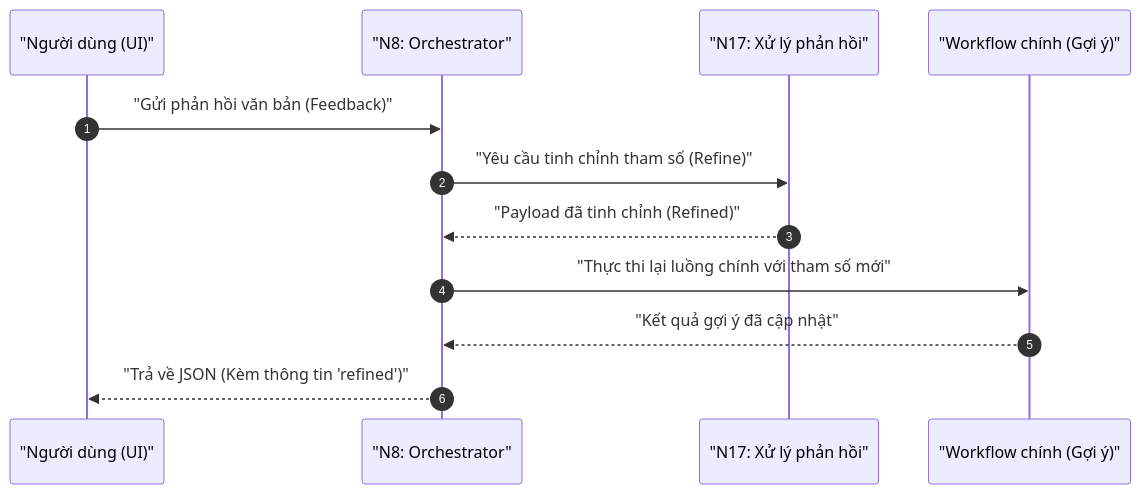
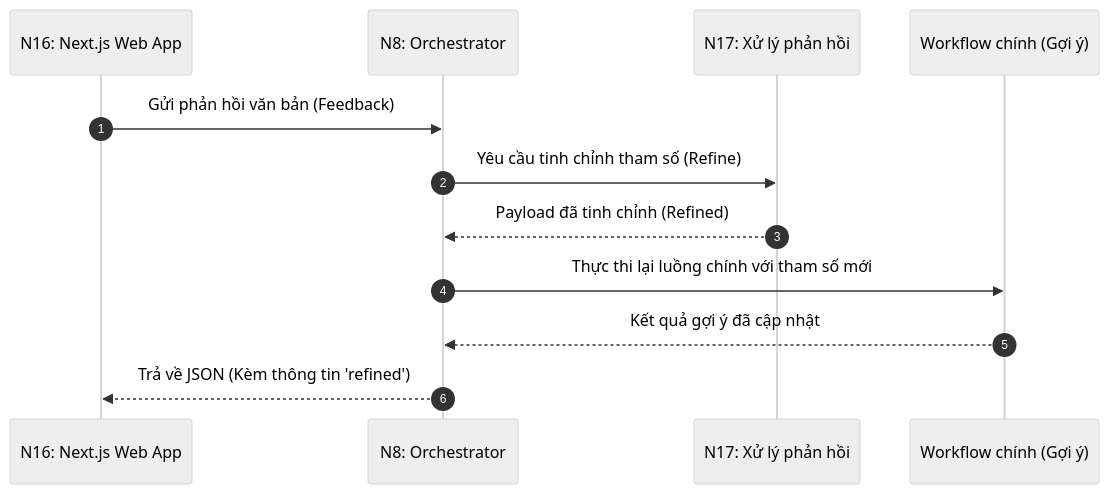
Before and after one commit to ltk6/travel-exp-planner: the fourth of 6 diagrams in docs/modules/n8_orchestrator.md, drawn with Mermaid. The commit also changed other lines of this file and 70 other files, not shown here.

````diff
--- a/docs/modules/n8_orchestrator.md
+++ b/docs/modules/n8_orchestrator.md
@@ -249,20 +289,16 @@
 ```mermaid
----
-config:
-  flowchart:
-    useMaxWidth: false
----
+%%{init: { 'theme': 'neutral', 'themeVariables': { 'actorTextColor': '#000000', 'signalTextColor': '#000000', 'noteTextColor': '#000000' } }}%%
 sequenceDiagram
     autonumber
-    participant "Client" as "Người dùng (UI)"
-    participant "N8" as "N8: Orchestrator"
-    participant "N17" as "N17: Xử lý phản hồi"
-    participant "Workflow" as "Workflow chính (Gợi ý)"
+    participant N16 as N16: Next.js Web App
+    participant N8 as N8: Orchestrator
+    participant N17 as N17: Xử lý phản hồi
+    participant Workflow as Workflow chính (Gợi ý)
 
-    "Client"->>"N8": "Gửi phản hồi văn bản (Feedback)"
-    "N8"->>"N17": "Yêu cầu tinh chỉnh tham số (Refine)"
-    "N17"-->>"N8": "Payload đã tinh chỉnh (Refined)"
-    "N8"->>"Workflow": "Thực thi lại luồng chính với tham số mới"
-    "Workflow"-->>"N8": "Kết quả gợi ý đã cập nhật"
-    "N8"-->>"Client": "Trả về JSON (Kèm thông tin 'refined')"
+    N16->>N8: Gửi phản hồi văn bản (Feedback)
+    N8->>N17: Yêu cầu tinh chỉnh tham số (Refine)
+    N17-->>N8: Payload đã tinh chỉnh (Refined)
+    N8->>Workflow: Thực thi lại luồng chính với tham số mới
+    Workflow-->>N8: Kết quả gợi ý đã cập nhật
+    N8-->>N16: Trả về JSON (Kèm thông tin 'refined')
 ```
````
